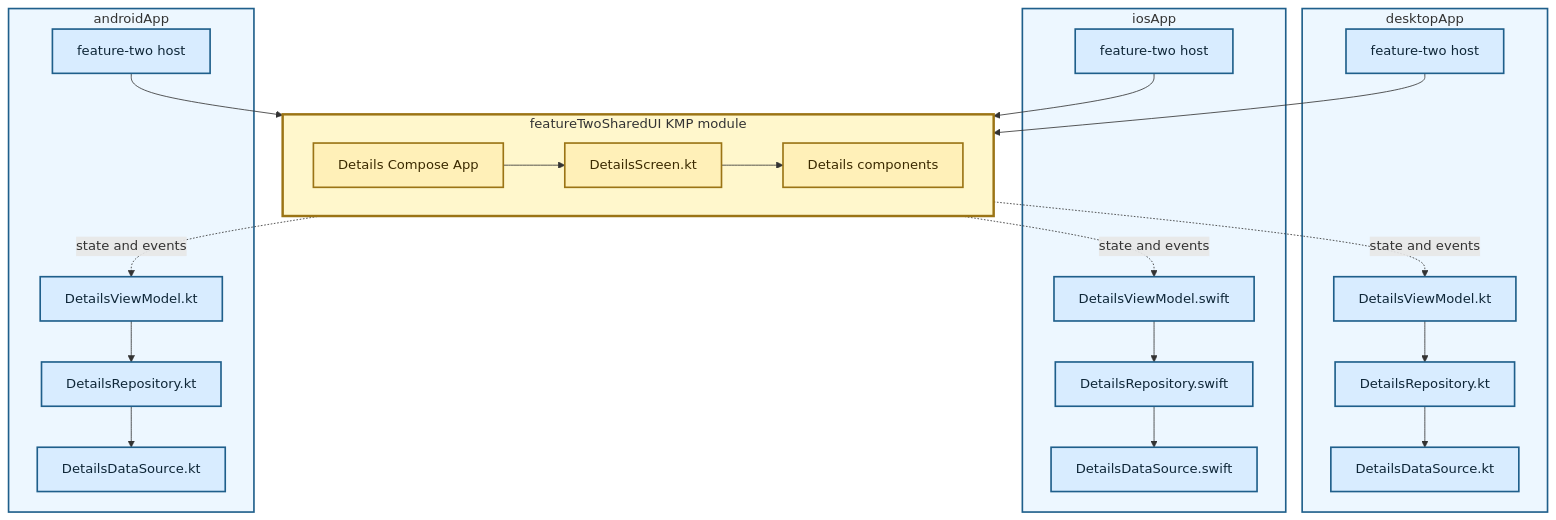
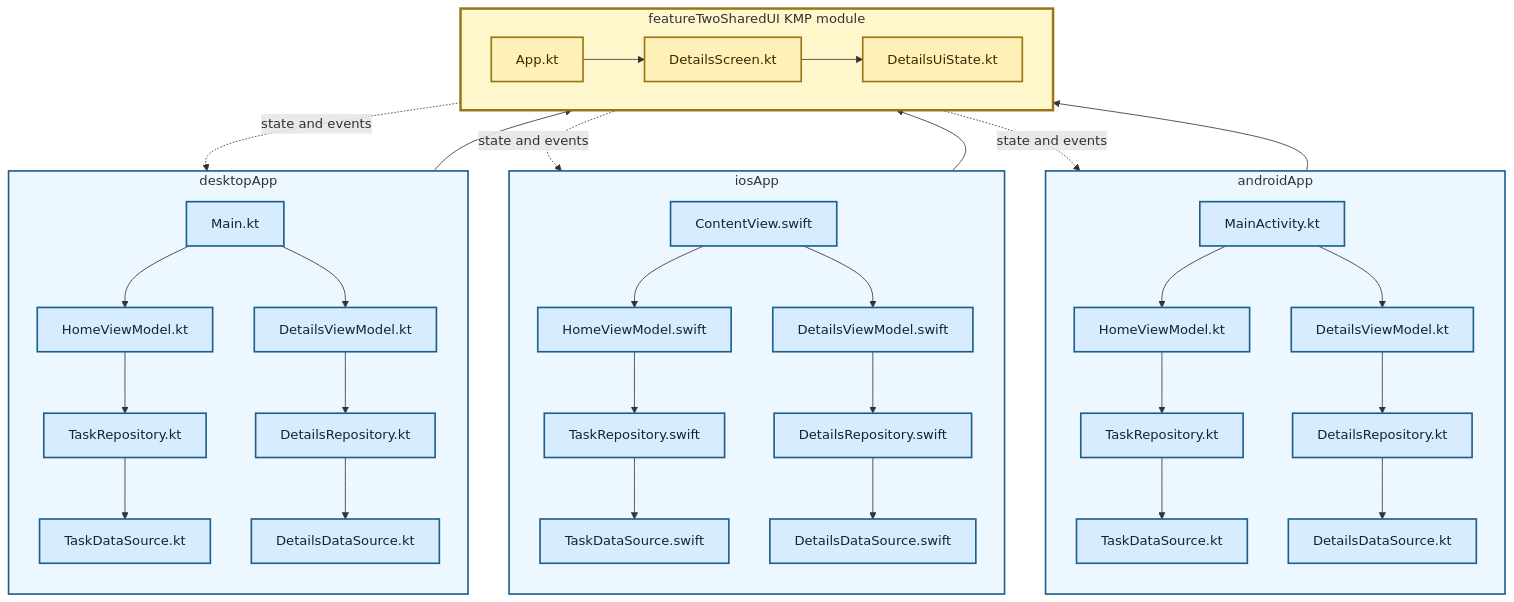
Before and after one commit to TheSetox/kmp-sample-diagrams: the diagram in diagrams/12-modular-kmp-ui-layer.md, drawn with Mermaid. The commit also changed other lines of this file and 87 other files, not shown here.

Commit message:
sample: show native feature one in modular kmp

````diff
--- a/diagrams/12-modular-kmp-ui-layer.md
+++ b/diagrams/12-modular-kmp-ui-layer.md
@@ -5,50 +5,65 @@
 ```mermaid
 flowchart TB
-  subgraph Desktop["desktopApp"]
-    DHost["feature-two host"]
-    DVM["DetailsViewModel.kt"]
-    DRepository["DetailsRepository.kt"]
-    DDataSource["DetailsDataSource.kt"]
-    DVM --> DRepository --> DDataSource
+  subgraph Android["androidApp"]
+    direction TB
+    AEntry["MainActivity.kt"]
+    AHomeVM["HomeViewModel.kt"]
+    ATaskRepository["TaskRepository.kt"]
+    ATaskDataSource["TaskDataSource.kt"]
+    ADetailsVM["DetailsViewModel.kt"]
+    ADetailsRepository["DetailsRepository.kt"]
+    ADetailsDataSource["DetailsDataSource.kt"]
+    AEntry --> AHomeVM --> ATaskRepository --> ATaskDataSource
+    AEntry --> ADetailsVM --> ADetailsRepository --> ADetailsDataSource
   end
 
   subgraph IOS["iosApp"]
-    IHost["feature-two host"]
-    IVM["DetailsViewModel.swift"]
-    IRepository["DetailsRepository.swift"]
-    IDataSource["DetailsDataSource.swift"]
-    IVM --> IRepository --> IDataSource
+    direction TB
+    IEntry["ContentView.swift"]
+    IHomeVM["HomeViewModel.swift"]
+    ITaskRepository["TaskRepository.swift"]
+    ITaskDataSource["TaskDataSource.swift"]
+    IDetailsVM["DetailsViewModel.swift"]
+    IDetailsRepository["DetailsRepository.swift"]
+    IDetailsDataSource["DetailsDataSource.swift"]
+    IEntry --> IHomeVM --> ITaskRepository --> ITaskDataSource
+    IEntry --> IDetailsVM --> IDetailsRepository --> IDetailsDataSource
   end
 
-  subgraph Android["androidApp"]
-    AHost["feature-two host"]
-    AVM["DetailsViewModel.kt"]
-    ARepository["DetailsRepository.kt"]
-    ADataSource["DetailsDataSource.kt"]
-    AVM --> ARepository --> ADataSource
+  subgraph Desktop["desktopApp"]
+    direction TB
+    DEntry["Main.kt"]
+    DHomeVM["HomeViewModel.kt"]
+    DTaskRepository["TaskRepository.kt"]
+    DTaskDataSource["TaskDataSource.kt"]
+    DDetailsVM["DetailsViewModel.kt"]
+    DDetailsRepository["DetailsRepository.kt"]
+    DDetailsDataSource["DetailsDataSource.kt"]
+    DEntry --> DHomeVM --> DTaskRepository --> DTaskDataSource
+    DEntry --> DDetailsVM --> DDetailsRepository --> DDetailsDataSource
   end
 
   subgraph KMP["featureTwoSharedUI KMP module"]
     direction LR
-    App["Details Compose App"]
+    App["App.kt"]
     Screen["DetailsScreen.kt"]
-    Components["Details components"]
-    App --> Screen --> Components
+    State["DetailsUiState.kt"]
+    App --> Screen --> State
   end
 
-  AHost --> App
-  IHost --> App
-  DHost --> App
-  Screen -. "state and events" .-> AVM
-  Screen -. "state and events" .-> IVM
-  Screen -. "state and events" .-> DVM
+  AEntry --> App
+  IEntry --> App
+  DEntry --> App
+  Screen -. "state and events" .-> ADetailsVM
+  Screen -. "state and events" .-> IDetailsVM
+  Screen -. "state and events" .-> DDetailsVM
 
   classDef app fill:#d8ecff,stroke:#1f5f8b,color:#0f2738,stroke-width:2px;
   classDef kmp fill:#fff0b8,stroke:#9b7415,color:#3b2a00,stroke-width:2px;
-  class AHost,AVM,ARepository,ADataSource,IHost,IVM,IRepository,IDataSource,DHost,DVM,DRepository,DDataSource app;
-  class App,Screen,Components kmp;
+  class AEntry,AHomeVM,ATaskRepository,ATaskDataSource,ADetailsVM,ADetailsRepository,ADetailsDataSource,IEntry,IHomeVM,ITaskRepository,ITaskDataSource,IDetailsVM,IDetailsRepository,IDetailsDataSource,DEntry,DHomeVM,DTaskRepository,DTaskDataSource,DDetailsVM,DDetailsRepository,DDetailsDataSource app;
+  class App,Screen,State kmp;
   style Android fill:#edf7ff,stroke:#1f5f8b,stroke-width:2px
   style IOS fill:#edf7ff,stroke:#1f5f8b,stroke-width:2px
   style Desktop fill:#edf7ff,stroke:#1f5f8b,stroke-width:2px
   style KMP fill:#fff7cc,stroke:#9b7415,stroke-width:3px
 ```
````
